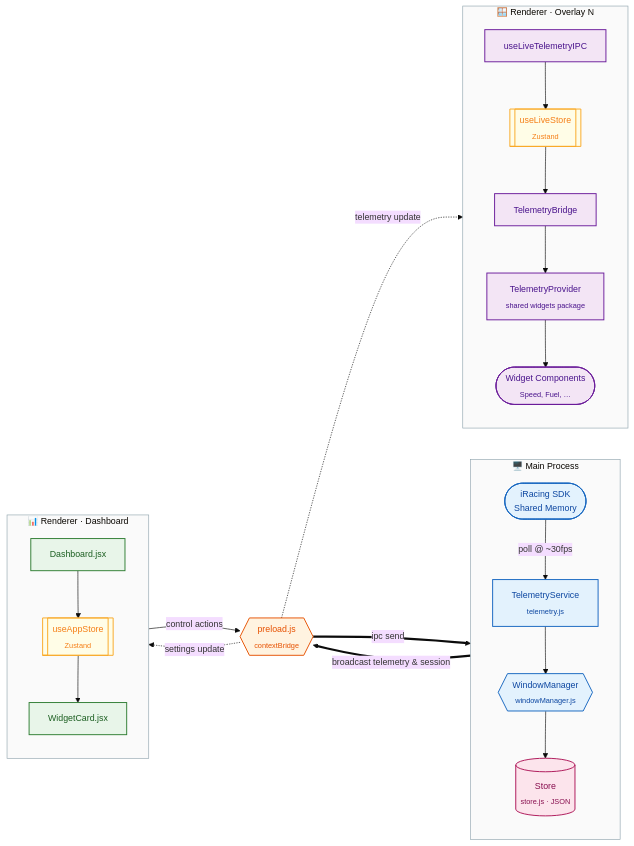
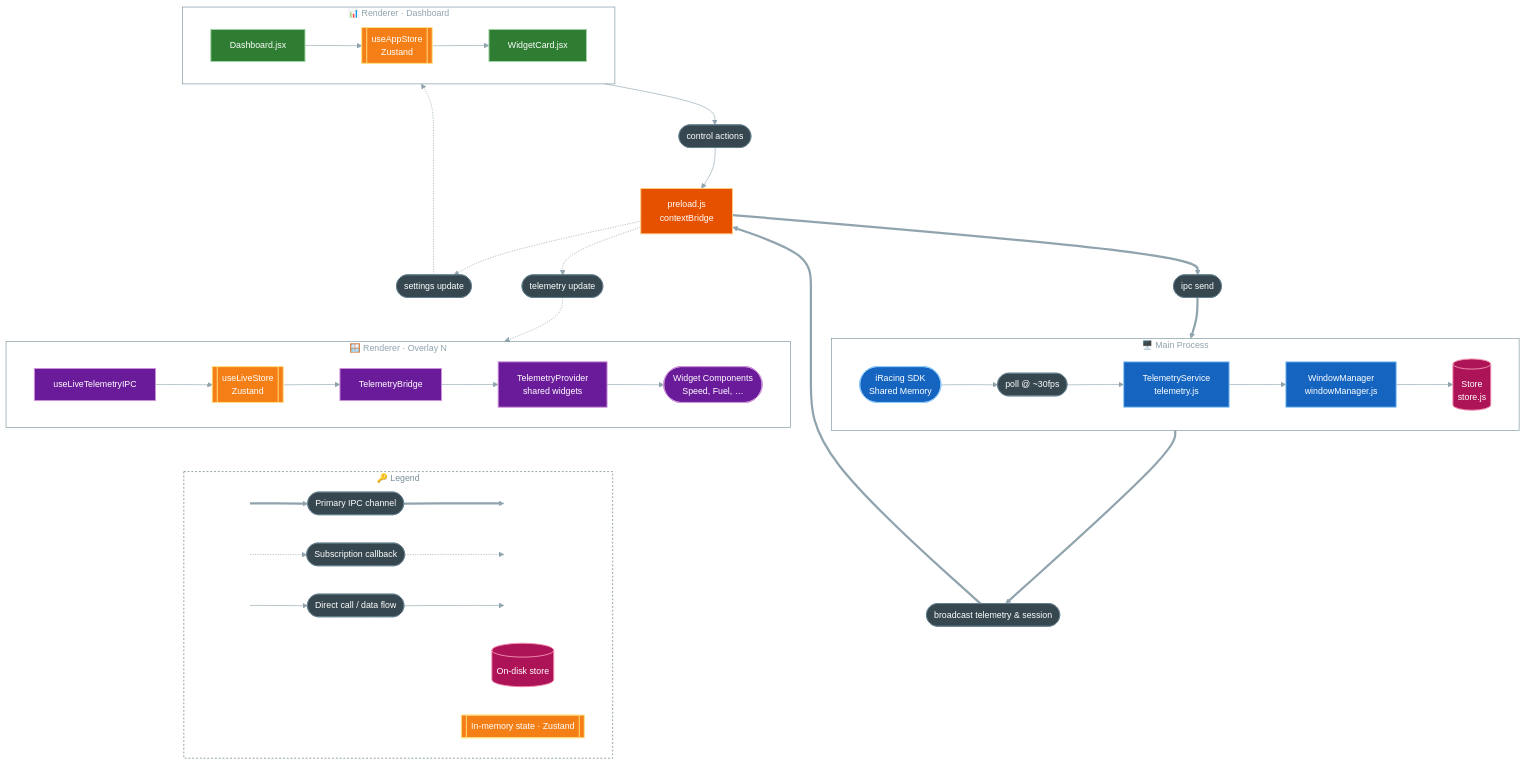
Before and after one commit to 0resuto/cold-mirror-client: the diagram in README.md, drawn with Mermaid. The commit also changed other lines of this file and 2 other files, not shown here.

````diff
--- a/README.md
+++ b/README.md
@@ -30,61 +32,112 @@
 ```mermaid
-%%{init: {'theme': 'base', 'themeVariables': { 'fontSize': '14px' }}}%%
-flowchart LR
+%%{init: {
+  'theme': 'base',
+  'flowchart': { 'curve': 'basis', 'nodeSpacing': 45, 'rankSpacing': 65, 'wrap': true },
+  'themeVariables': {
+    'fontSize': '14px',
+    'primaryColor': '#37474F',
+    'primaryTextColor': '#ffffff',
+    'primaryBorderColor': '#78909C',
+    'lineColor': '#90A4AE',
+    'secondaryColor': '#37474F',
+    'tertiaryColor': '#37474F'
+  }
+}}%%
+flowchart TB
     subgraph MAIN["🖥️ Main Process"]
-        direction TB
+        direction LR
         SDK(["iRacing SDK<br/>Shared Memory"])
-        TS["TelemetryService<br/><sub>telemetry.js</sub>"]
-        WM{{"WindowManager<br/><sub>windowManager.js</sub>"}}
-        ST[("Store<br/><sub>store.js · JSON</sub>")]
-
-        SDK -->|"poll @ ~30fps"| TS
+        P1(["poll @ ~30fps"]):::plate
+        TS["TelemetryService<br/>telemetry.js"]
+        WM["WindowManager<br/>windowManager.js"]
+        ST[("Store<br/>store.js")]
+        SDK --> P1 --> TS
         TS --> WM
         WM --> ST
     end
 
-    PL{{"preload.js<br/><sub>contextBridge</sub>"}}
+    PL["preload.js<br/>contextBridge"]
+    MAIN ~~~ PL
+
+    P2(["broadcast telemetry & session"]):::plate
+    P3(["ipc send"]):::plate
+    WM ==> P2 ==> PL
+    PL ==> P3 ==> WM
+
+    subgraph OVERLAY["🪟 Renderer · Overlay N"]
+        direction LR
+        LT["useLiveTelemetryIPC"]
+        LS[["useLiveStore<br/>Zustand"]]
+        TBR["TelemetryBridge"]
+        TP["TelemetryProvider<br/>shared widgets"]
+        W(["Widget Components<br/>Speed, Fuel, …"])
+        LT --> LS --> TBR --> TP --> W
+    end
 
     subgraph DASH["📊 Renderer · Dashboard"]
-        direction TB
+        direction LR
         DB["Dashboard.jsx"]
-        AS[["useAppStore<br/><sub>Zustand</sub>"]]
+        AS[["useAppStore<br/>Zustand"]]
         WC["WidgetCard.jsx"]
-
         DB --> AS --> WC
     end
 
-    subgraph OVERLAY["🪟 Renderer · Overlay N"]
-        direction TB
-        LT["useLiveTelemetryIPC"]
-        LS[["useLiveStore<br/><sub>Zustand</sub>"]]
-        TBR["TelemetryBridge"]
-        TP["TelemetryProvider<br/><sub>shared widgets package</sub>"]
-        W(["Widget Components<br/><sub>Speed, Fuel, …</sub>"])
+    PL ~~~ OVERLAY
+    PL ~~~ DASH
 
-        LT --> LS --> TBR --> TP --> W
+    P4(["telemetry update"]):::plate
+    P5(["settings update"]):::plate
+    P6(["control actions"]):::plate
+    PL -.-> P4 -.-> LT
+    PL -.-> P5 -.-> AS
+    WC --> P6 --> PL
+
+    OVERLAY ~~~ DASH
+
+    subgraph LEGEND["🔑 Legend"]
+        direction LR
+        L1[" "]
+        LL1(["Primary IPC channel"]):::plate
+        L2[" "]
+        L3[" "]
+        LL2(["Subscription callback"]):::plate
+        L4[" "]
+        L5[" "]
+        LL3(["Direct call / data flow"]):::plate
+        L6[" "]
+        L1 ==> LL1 ==> L2
+        L3 -.-> LL2 -.-> L4
+        L5 --> LL3 --> L6
+        LG[("On-disk store")]
+        LZ[["In-memory state · Zustand"]]
     end
 
-    WM ==>|"broadcast telemetry & session"| PL
-    PL -.->|"settings update"| AS
-    PL -.->|"telemetry update"| LT
-    WC -->|"control actions"| PL
-    PL ==>|"ipc send"| WM
+    OVERLAY ~~~ LEGEND
 
-    classDef core fill:#E3F2FD,stroke:#1565C0,stroke-width:1.5px,color:#0D47A1
-    classDef bridge fill:#FFF3E0,stroke:#E65100,stroke-width:1.5px,color:#E65100
-    classDef app fill:#E8F5E9,stroke:#2E7D32,stroke-width:1.5px,color:#1B5E20
-    classDef overlay fill:#F3E5F5,stroke:#6A1B9A,stroke-width:1.5px,color:#4A148C
-    classDef diskstore fill:#FCE4EC,stroke:#AD1457,stroke-width:1.5px,color:#880E4F
-    classDef memstore fill:#FFFDE7,stroke:#F9A825,stroke-width:1.5px,color:#F57F17
+    classDef core fill:#1565C0,stroke:#90CAF9,stroke-width:1.5px,color:#ffffff
+    classDef bridge fill:#E65100,stroke:#FFCC80,stroke-width:1.5px,color:#ffffff
+    classDef app fill:#2E7D32,stroke:#A5D6A7,stroke-width:1.5px,color:#ffffff
+    classDef overlay fill:#6A1B9A,stroke:#CE93D8,stroke-width:1.5px,color:#ffffff
+    classDef diskstore fill:#AD1457,stroke:#F48FB1,stroke-width:1.5px,color:#ffffff
+    classDef memstore fill:#F57F17,stroke:#FFE082,stroke-width:1.5px,color:#ffffff
+    classDef plate fill:#37474F,stroke:#607D8B,stroke-width:1px,color:#ffffff
 
     class SDK,TS,WM core
     class PL bridge
     class DB,WC app
     class LT,TBR,TP,W overlay
-    class ST diskstore
-    class AS,LS memstore
+    class ST,LG diskstore
+    class AS,LS,LZ memstore
 
-    style MAIN fill:#FAFAFA,stroke:#90A4AE,stroke-width:1px
-    style DASH fill:#FAFAFA,stroke:#90A4AE,stroke-width:1px
-    style OVERLAY fill:#FAFAFA,stroke:#90A4AE,stroke-width:1px
+    style MAIN fill:none,stroke:#78909C,stroke-width:1px,color:#90A4AE
+    style DASH fill:none,stroke:#78909C,stroke-width:1px,color:#90A4AE
+    style OVERLAY fill:none,stroke:#78909C,stroke-width:1px,color:#90A4AE
+    style LEGEND fill:none,stroke:#546E7A,stroke-width:1px,stroke-dasharray: 3 3,color:#78909C
+
+    style L1 fill:none,stroke:none
+    style L2 fill:none,stroke:none
+    style L3 fill:none,stroke:none
+    style L4 fill:none,stroke:none
+    style L5 fill:none,stroke:none
+    style L6 fill:none,stroke:none
 ```
````
